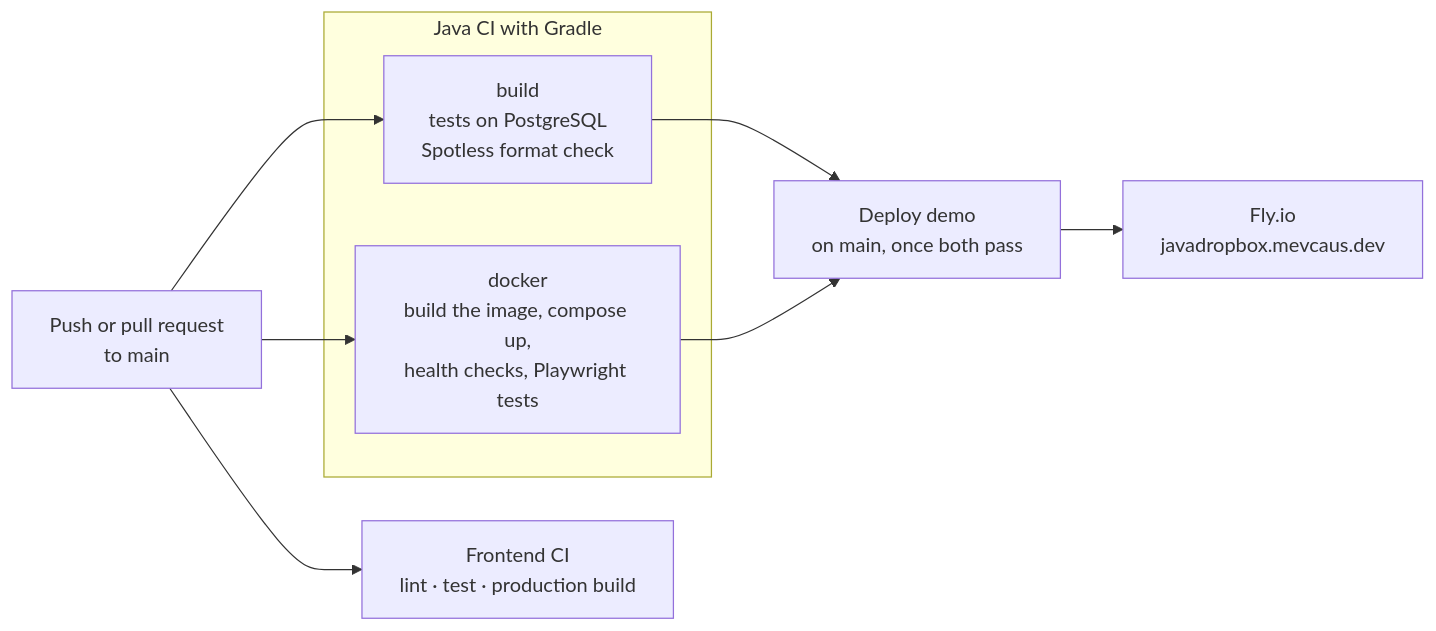
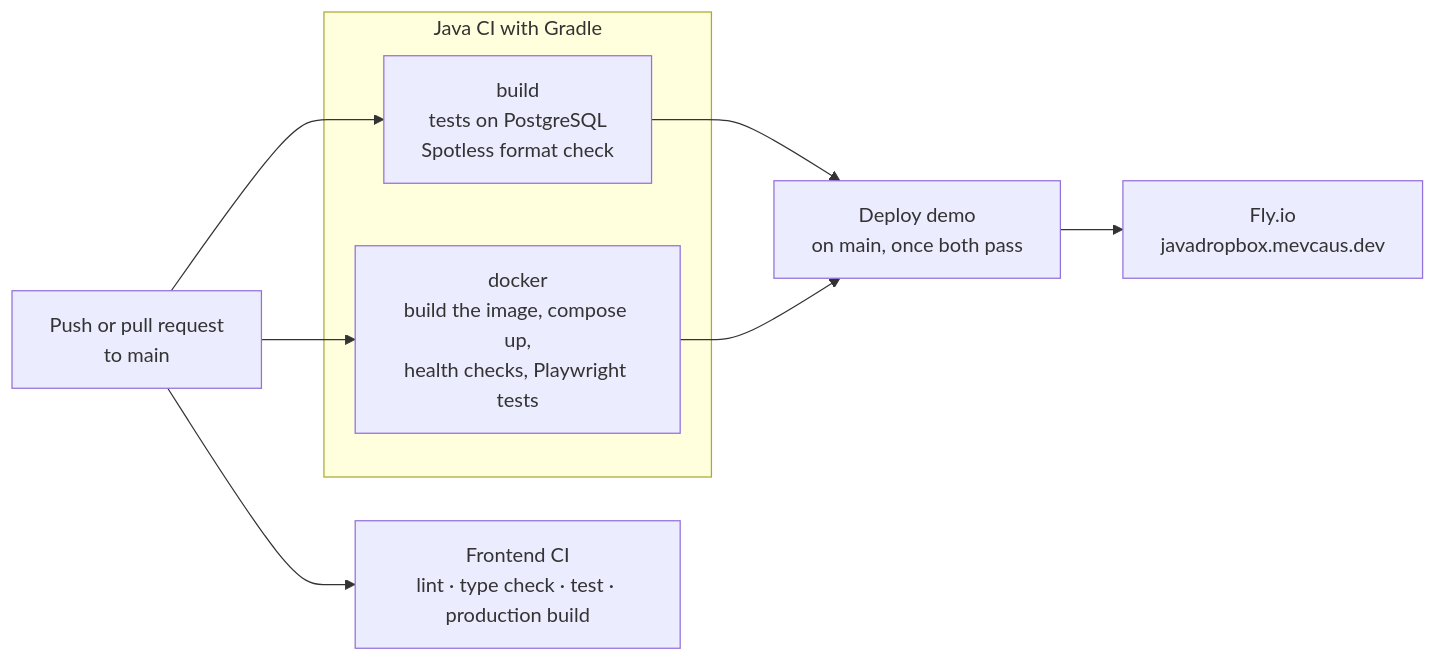
One commit to mevcaus/JavaDropbox changed the sixth of 6 diagrams in README.md. Above: the diagram before and after it, drawn with Mermaid. The commit also changed other lines of this file and 5 other files, not shown here.

Commit message:
type-check the frontend with a strict tsconfig in ci

````diff
--- a/README.md
+++ b/README.md
@@ -360,14 +360,14 @@
 ```mermaid
 flowchart LR
     Push["Push or pull request<br/>to main"] --> Build & Docker & Frontend
 
     subgraph Gradle["Java CI with Gradle"]
         Build["build<br/>tests on PostgreSQL<br/>Spotless format check"]
         Docker["docker<br/>build the image, compose up,<br/>health checks, Playwright tests"]
     end
 
-    Frontend["Frontend CI<br/>lint · test · production build"]
+    Frontend["Frontend CI<br/>lint · type check · test · production build"]
 
     Build & Docker --> Deploy["Deploy demo<br/>on main, once both pass"]
     Deploy --> Fly["Fly.io<br/>javadropbox.mevcaus.dev"]
 ```
````
